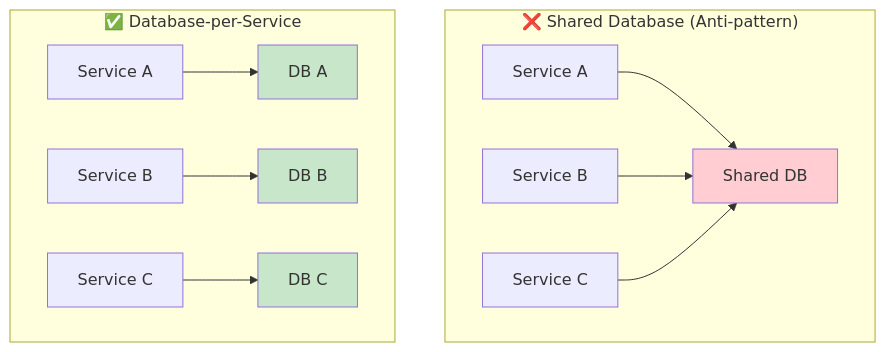
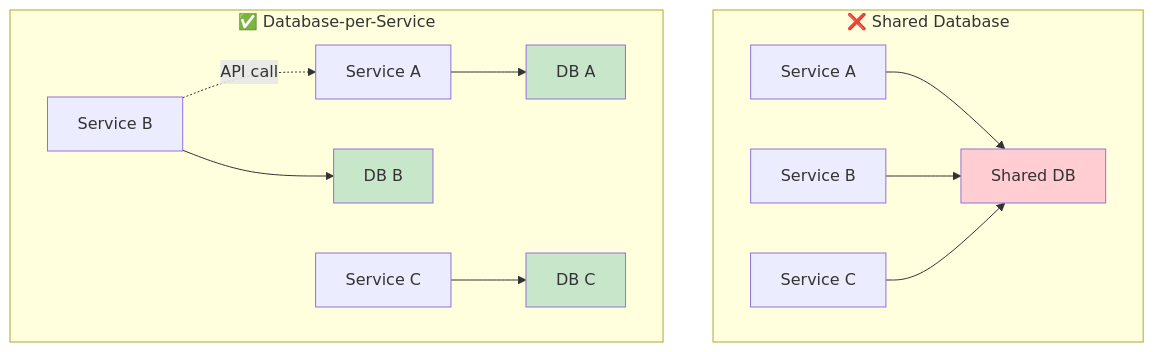
The second of 9 diagrams in manuscript/chapter-07.md (hungdn1701/ptit-microservice-textbook), drawn with Mermaid before and after one commit. The commit also changed other lines of this file and 33 other files, not shown here.

````diff
--- a/manuscript/chapter-07.md
+++ b/manuscript/chapter-07.md
@@ -25,19 +52,20 @@
 ```mermaid
 graph TB
-    subgraph Shared["❌ Shared Database (Anti-pattern)"]
-        S1["Service A"] --> DB1["Shared DB"]
-        S2["Service B"] --> DB1
-        S3["Service C"] --> DB1
+    subgraph Wrong["❌ Shared Database"]
+        SA1["Service A"] --> DB1["Shared DB"]
+        SB1["Service B"] --> DB1
+        SC1["Service C"] --> DB1
     end
     
-    subgraph Owned["✅ Database-per-Service"]
-        S4["Service A"] --> DB2["DB A"]
-        S5["Service B"] --> DB3["DB B"]
-        S6["Service C"] --> DB4["DB C"]
+    subgraph Right["✅ Database-per-Service"]
+        SA2["Service A"] --> DBA["DB A"]
+        SB2["Service B"] --> DBB["DB B"]
+        SC2["Service C"] --> DBC["DB C"]
+        SB2 -.->|"API call"| SA2
     end
     
     style DB1 fill:#FFCDD2
-    style DB2 fill:#C8E6C9
-    style DB3 fill:#C8E6C9
-    style DB4 fill:#C8E6C9
+    style DBA fill:#C8E6C9
+    style DBB fill:#C8E6C9
+    style DBC fill:#C8E6C9
 ```
````
